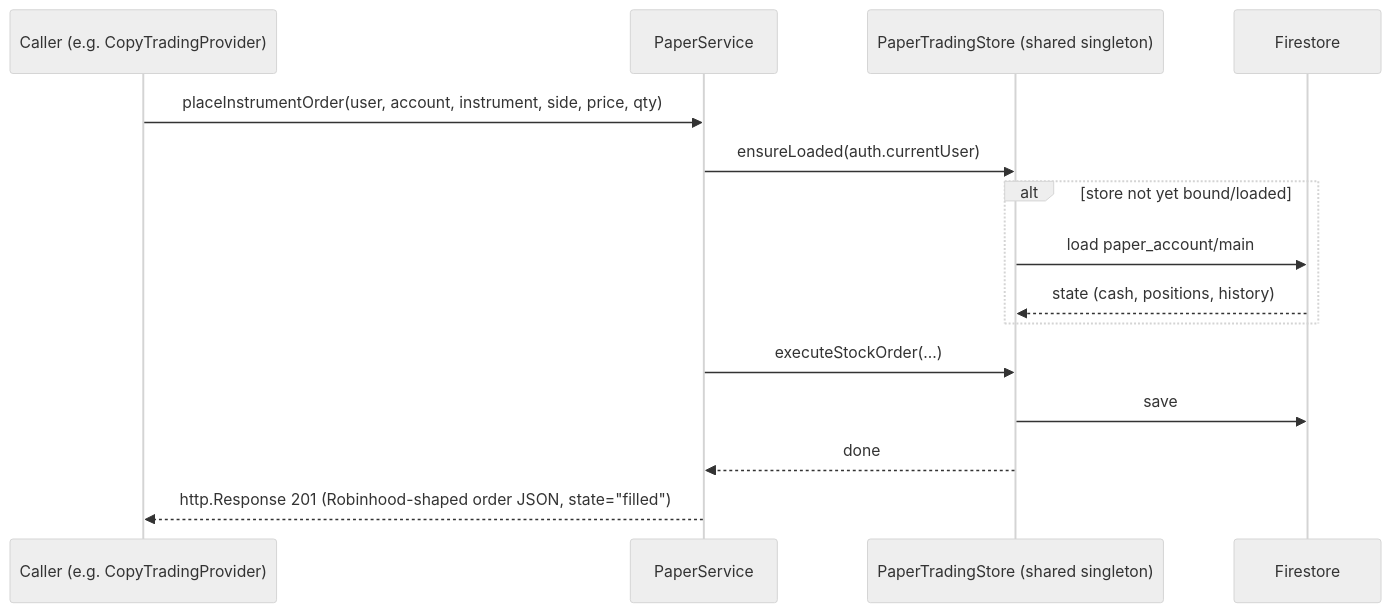
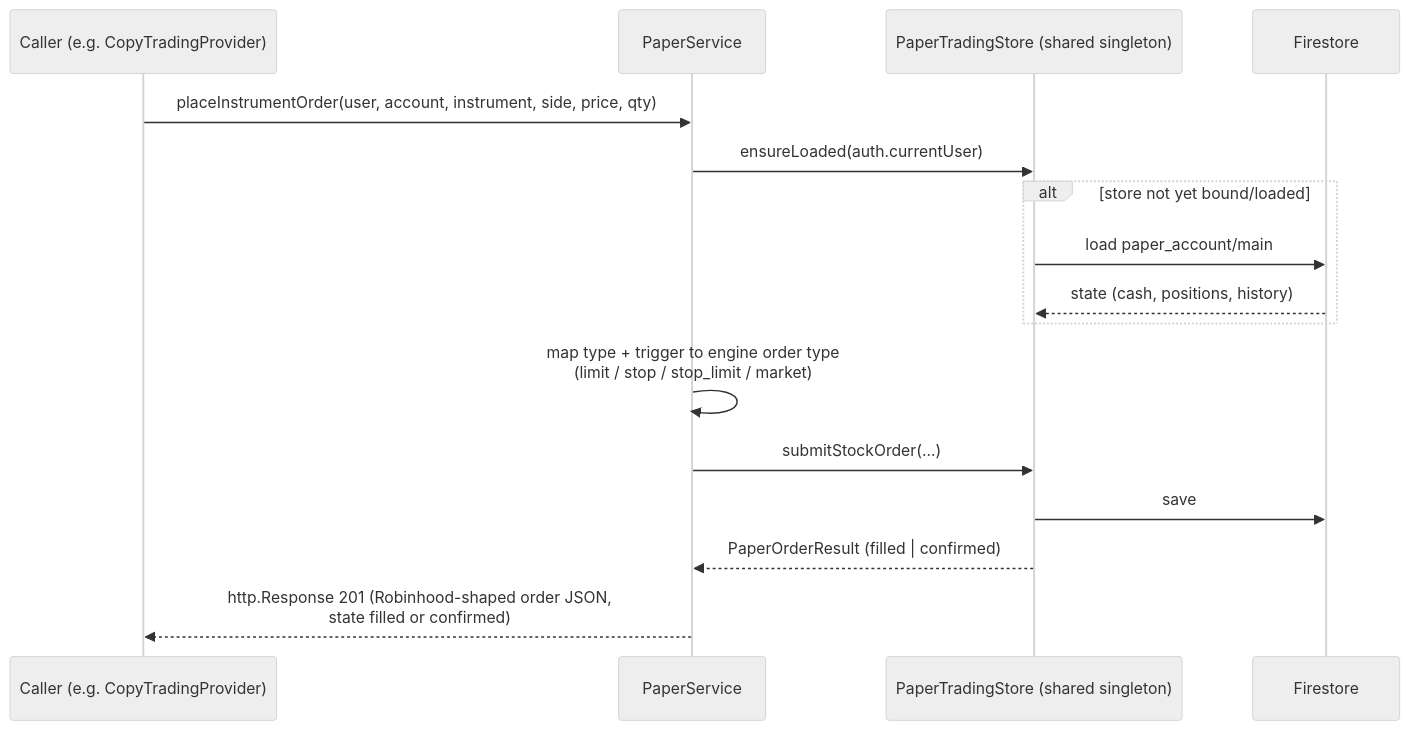
Before and after one commit to CIInc/robinhood-options-mobile: the fifth of 9 diagrams in docs/paper-trading-architecture.md, drawn with Mermaid (neutral theme). The commit also changed other lines of this file and 8 other files, not shown here.

First line of the commit message:
feat: Add resting-order engine to paper trading (limit/stop/stop-limit)

````diff
--- a/docs/paper-trading-architecture.md
+++ b/docs/paper-trading-architecture.md
@@ -218,18 +267,19 @@
 ```mermaid
 sequenceDiagram
     participant C as Caller (e.g. CopyTradingProvider)
     participant PS as PaperService
     participant PTS as PaperTradingStore (shared singleton)
     participant FS as Firestore
 
     C->>PS: placeInstrumentOrder(user, account, instrument, side, price, qty)
     PS->>PTS: ensureLoaded(auth.currentUser)
     alt store not yet bound/loaded
         PTS->>FS: load paper_account/main
         FS-->>PTS: state (cash, positions, history)
     end
-    PS->>PTS: executeStockOrder(...)
+    PS->>PS: map type + trigger to engine order type<br/>(limit / stop / stop_limit / market)
+    PS->>PTS: submitStockOrder(...)
     PTS->>FS: save
-    PTS-->>PS: done
-    PS-->>C: http.Response 201 (Robinhood-shaped order JSON, state="filled")
+    PTS-->>PS: PaperOrderResult (filled | confirmed)
+    PS-->>C: http.Response 201 (Robinhood-shaped order JSON,<br/>state filled or confirmed)
 ```
````
